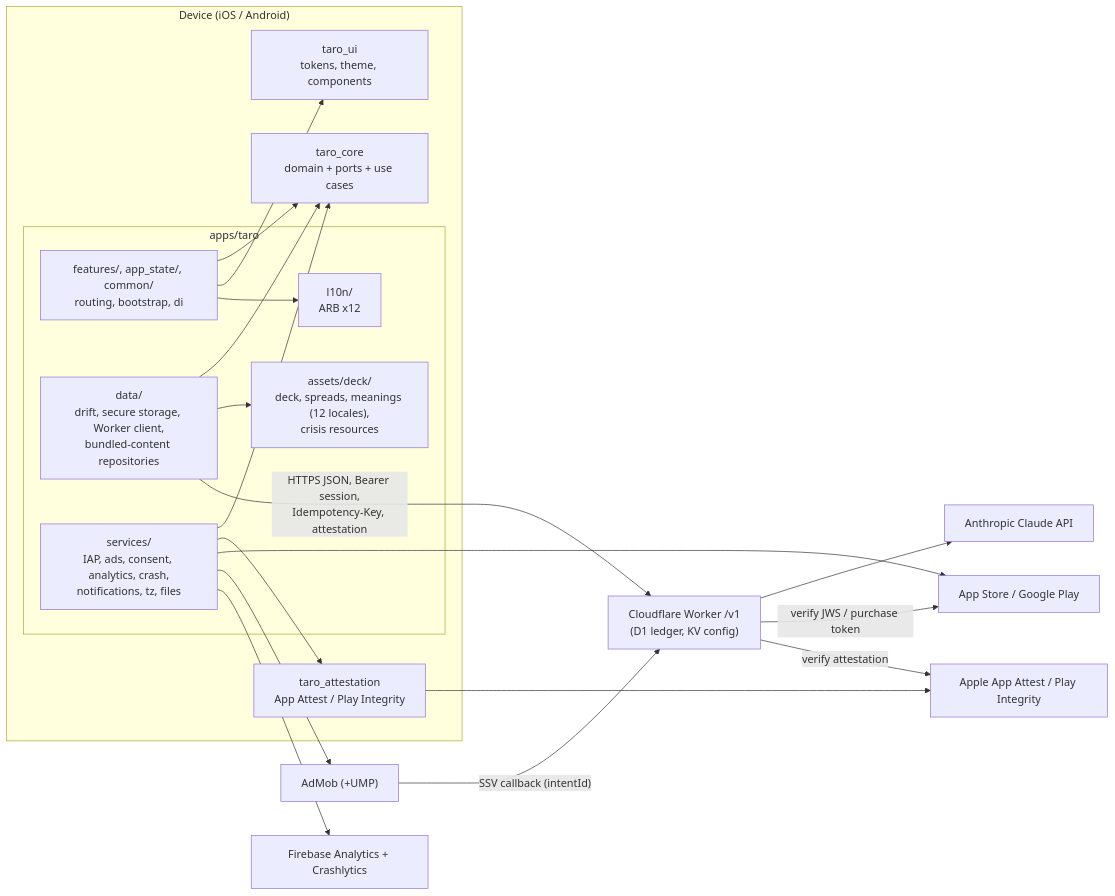
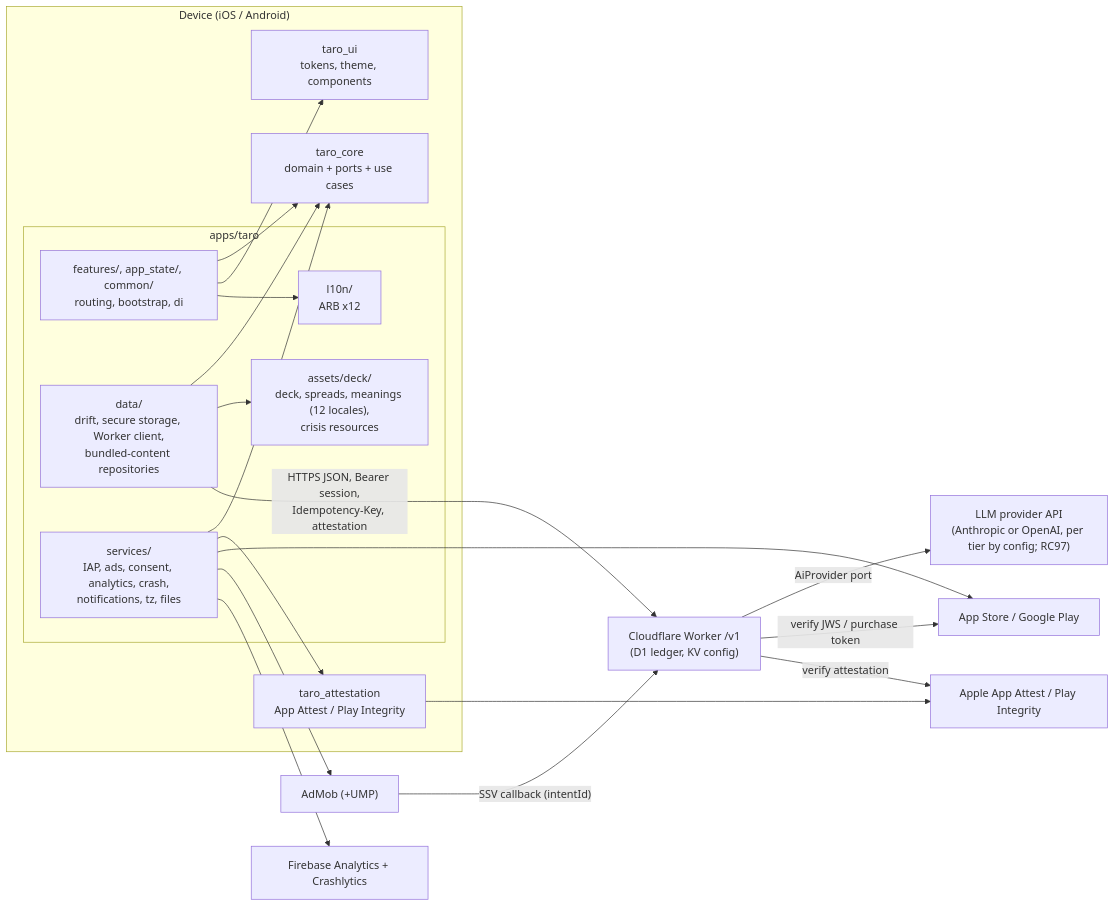
The first of 5 diagrams in docs/ARCHITECTURE.md (Mc231/taro), drawn with Mermaid before and after one commit. The commit also changed other lines of this file and 57 other files, not shown here.

First line of the commit message:
refactor(taro): provider-neutral AI wording and Phase 11 port gaps

````diff
--- a/docs/ARCHITECTURE.md
+++ b/docs/ARCHITECTURE.md
@@ -11,37 +11,37 @@
 ```mermaid
 flowchart LR
   subgraph Device["Device (iOS / Android)"]
     subgraph App["apps/taro"]
       Feat["features/, app_state/, common/<br/>routing, bootstrap, di"]
       Data["data/<br/>drift, secure storage, Worker client,<br/>bundled-content repositories"]
       Svc["services/<br/>IAP, ads, consent, analytics, crash,<br/>notifications, tz, files"]
       L10n["l10n/<br/>ARB x12"]
       Assets["assets/deck/<br/>deck, spreads, meanings (12 locales),<br/>crisis resources"]
     end
     Core["taro_core<br/>domain + ports + use cases"]
     Att["taro_attestation<br/>App Attest / Play Integrity"]
     UI["taro_ui<br/>tokens, theme, components"]
     Feat --> Core & UI & L10n
     Data --> Core
     Data --> Assets
     Svc --> Core
     Svc --> Att
   end
 
   Worker["Cloudflare Worker /v1<br/>(D1 ledger, KV config)"]
-  Anthropic["Anthropic Claude API"]
+  AI["LLM provider API<br/>(Anthropic or OpenAI, per tier by config; RC97)"]
   Stores["App Store / Google Play"]
   AdMob["AdMob (+UMP)"]
   Firebase["Firebase Analytics + Crashlytics"]
   Attest["Apple App Attest / Play Integrity"]
 
   Data -- "HTTPS JSON, Bearer session,<br/>Idempotency-Key, attestation" --> Worker
-  Worker --> Anthropic
+  Worker -- "AiProvider port" --> AI
   Worker -- "verify JWS / purchase token" --> Stores
   AdMob -- "SSV callback (intentId)" --> Worker
   Worker -- "verify attestation" --> Attest
   Svc --> Stores
   Svc --> AdMob
   Svc --> Firebase
   Att --> Attest
 ```
````
